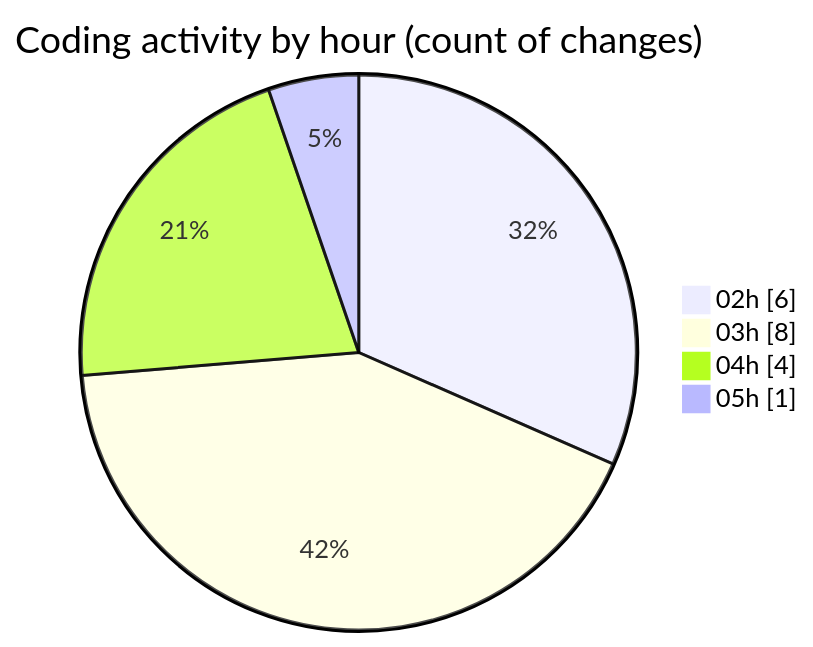
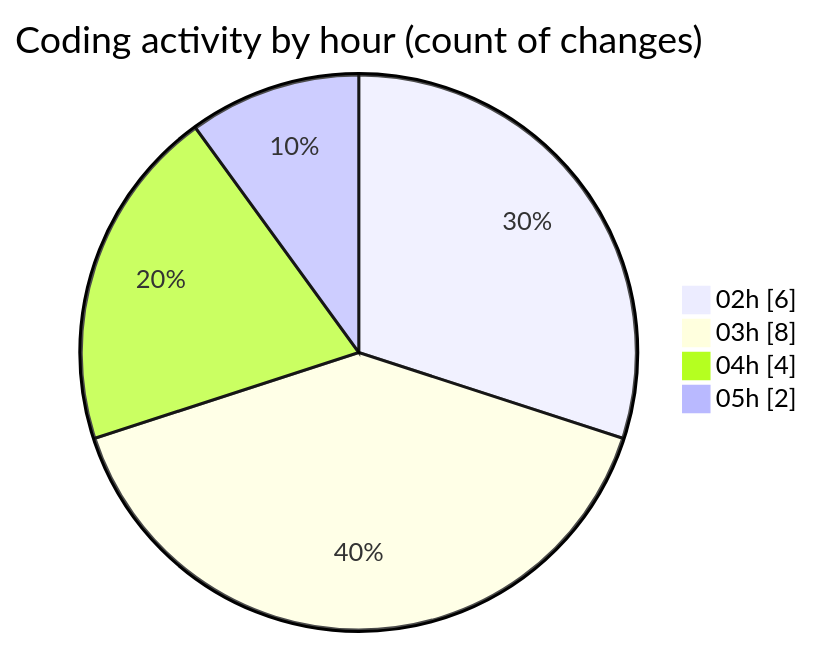
Before and after one commit to FelipKnott/code-tracking: the second of 2 diagrams in 2025-07-03/cursor/README.md, drawn with Mermaid. The commit also changed other lines of this file and 1 other file, not shown here.

````diff
--- a/2025-07-03/cursor/README.md
+++ b/2025-07-03/cursor/README.md
@@ -34,8 +34,8 @@
 ```mermaid
 pie showData
 title Coding activity by hour (count of changes)
 "02h" : 6
 "03h" : 8
 "04h" : 4
-"05h" : 1
+"05h" : 2
 ```
````
